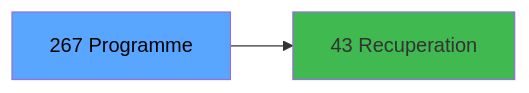
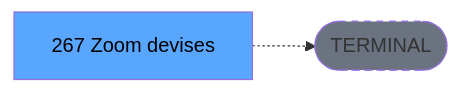
One commit to thonyAGP/lecteur-magic changed the third of 3 diagrams in .openspec/specs/ADH-IDE-267.md. Above: the diagram before and after it, drawn with Mermaid. The commit also changed other lines of this file and 701 other files, not shown here.

````diff
--- a/.openspec/specs/ADH-IDE-267.md
+++ b/.openspec/specs/ADH-IDE-267.md
@@ -148,8 +135,8 @@
 ```mermaid
 graph LR
-    T[267 Programme]
-    C43[43 Recuperation]
-    T --> C43
+    T[267 Zoom devises]
+    TERM([TERMINAL])
+    T -.-> TERM
+    style TERM fill:#6b7280,stroke-dasharray: 5 5
     style T fill:#58a6ff,color:#000
-    style C43 fill:#3fb950
 ```
````
